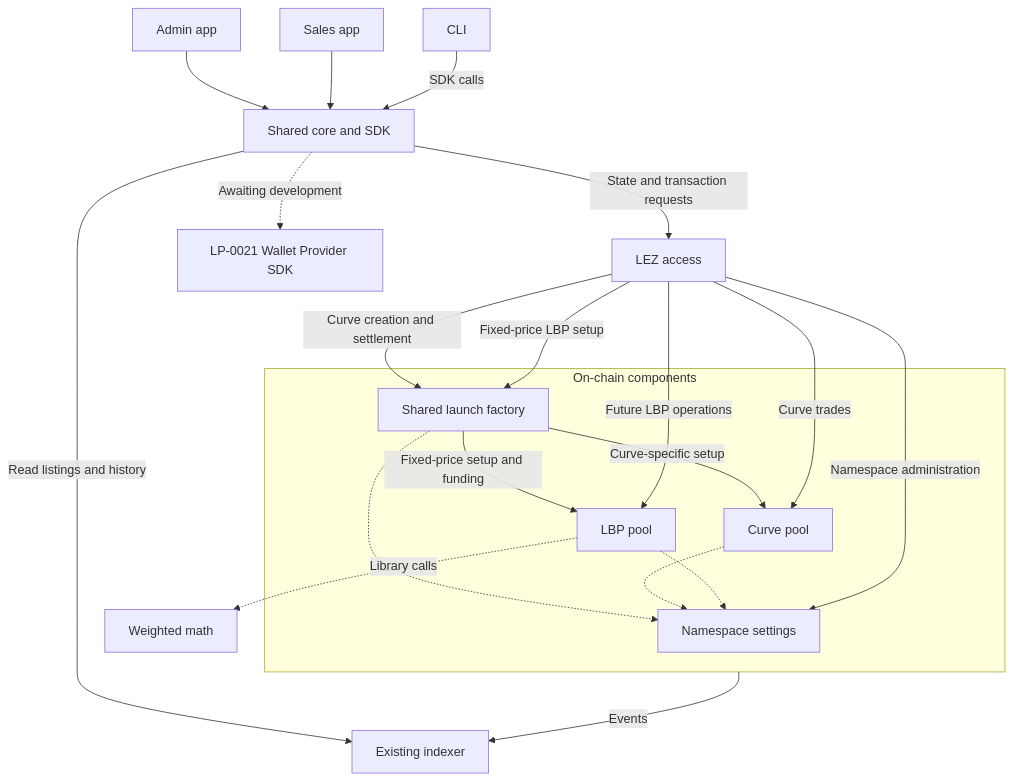
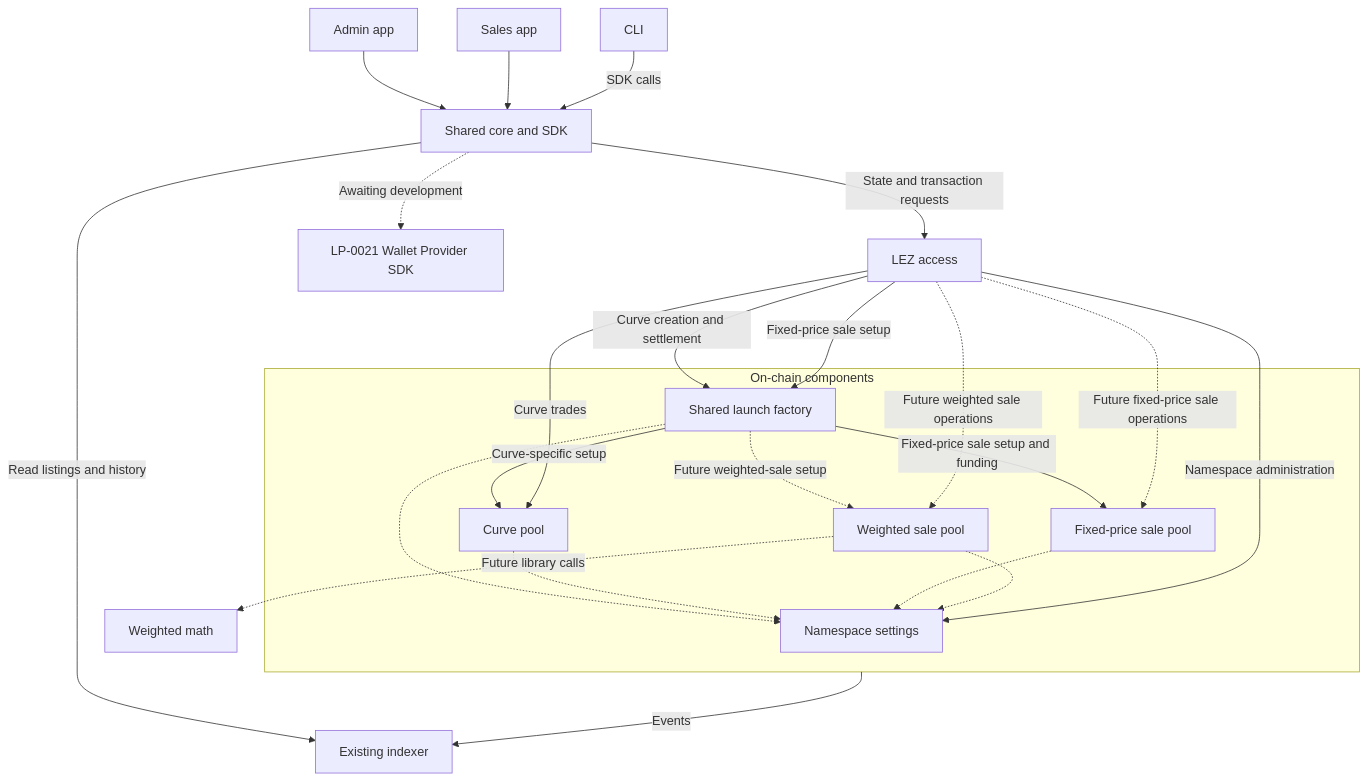
One commit to bleu/logos-launchpad changed the diagram in docs/architecture/system.md. Above: the diagram before and after it, drawn with Mermaid. The commit also changed other lines of this file and 57 other files, not shown here.

````diff
--- a/docs/architecture/system.md
+++ b/docs/architecture/system.md
@@ -7,26 +7,29 @@
 ```mermaid
 flowchart TB
     Admin[Admin app] --> Core[Shared core and SDK]
     Sales[Sales app] --> Core
     CLI[CLI] -->|SDK calls| Core
     Core -->|State and transaction requests| LEZ[LEZ access]
     Core -->|Read listings and history| Indexer[Existing indexer]
     Core -.->|Awaiting development| Wallet[LP-0021 Wallet Provider SDK]
 
     subgraph Programs[On-chain components]
         Namespace[Namespace settings]
         LaunchFactory[Shared launch factory] -->|Curve-specific setup| CurvePool[Curve pool]
-        LaunchFactory -->|Fixed-price setup and funding| LBPPool[LBP pool]
+        LaunchFactory -->|Fixed-price sale setup and funding| FixedPriceSale[Fixed-price sale pool]
+        LaunchFactory -.->|Future weighted-sale setup| WeightedSale[Weighted sale pool]
         LaunchFactory -.-> Namespace
         CurvePool -.-> Namespace
-        LBPPool -.-> Namespace
+        FixedPriceSale -.-> Namespace
+        WeightedSale -.-> Namespace
     end
 
     LEZ -->|Namespace administration| Namespace
     LEZ -->|Curve creation and settlement| LaunchFactory
-    LEZ -->|Fixed-price LBP setup| LaunchFactory
+    LEZ -->|Fixed-price sale setup| LaunchFactory
     LEZ -->|Curve trades| CurvePool
-    LEZ -->|Future LBP operations| LBPPool
+    LEZ -.->|Future fixed-price sale operations| FixedPriceSale
+    LEZ -.->|Future weighted sale operations| WeightedSale
     Programs -->|Events| Indexer
-    LBPPool -.->|Library calls| Math[Weighted math]
+    WeightedSale -.->|Future library calls| Math[Weighted math]
 ```
````
